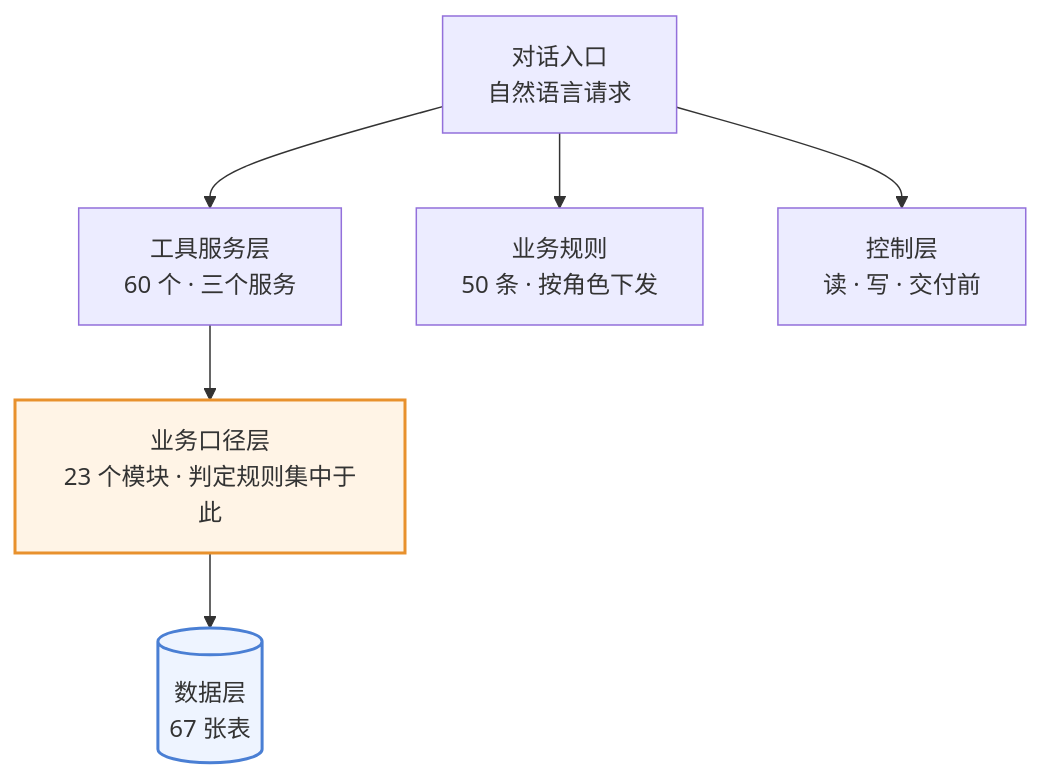
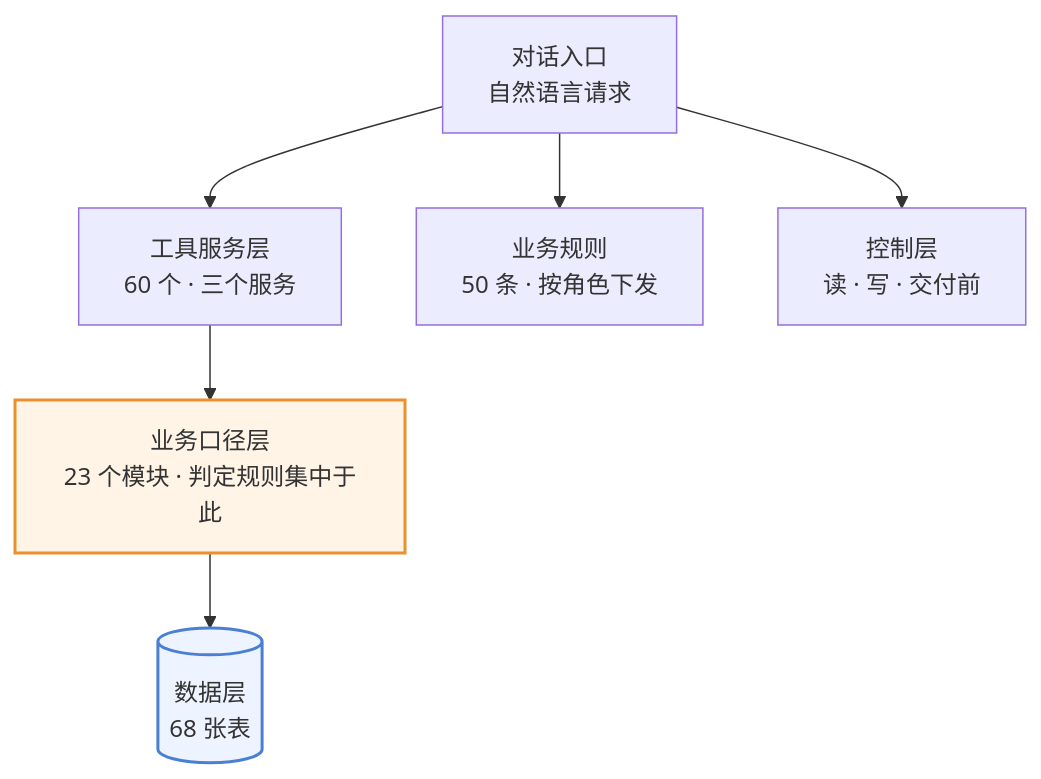
One commit to 843773296-rgb/lanxiu-yunshang-agent changed the first of 4 diagrams in 澜绣云裳agent-产品需求文档.md. Above: the diagram before and after it, drawn with Mermaid. The commit also changed other lines of this file and 5 other files, not shown here.

````diff
--- a/澜绣云裳agent-产品需求文档.md
+++ b/澜绣云裳agent-产品需求文档.md
@@ -132,12 +132,12 @@
 ```mermaid
 flowchart TD
     M["对话入口<br/>自然语言请求"]
     M --> T["工具服务层<br/>60 个 · 三个服务"]
     M --> R["业务规则<br/>50 条 · 按角色下发"]
     M --> G["控制层<br/>读 · 写 · 交付前"]
     T --> K["业务口径层<br/>23 个模块 · 判定规则集中于此"]
-    K --> DB[("数据层<br/>67 张表")]
+    K --> DB[("数据层<br/>68 张表")]
 
     style K fill:#fff4e6,stroke:#e8912d,stroke-width:2px
     style DB fill:#eef4ff,stroke:#4a7fd4,stroke-width:2px
 ```
````
